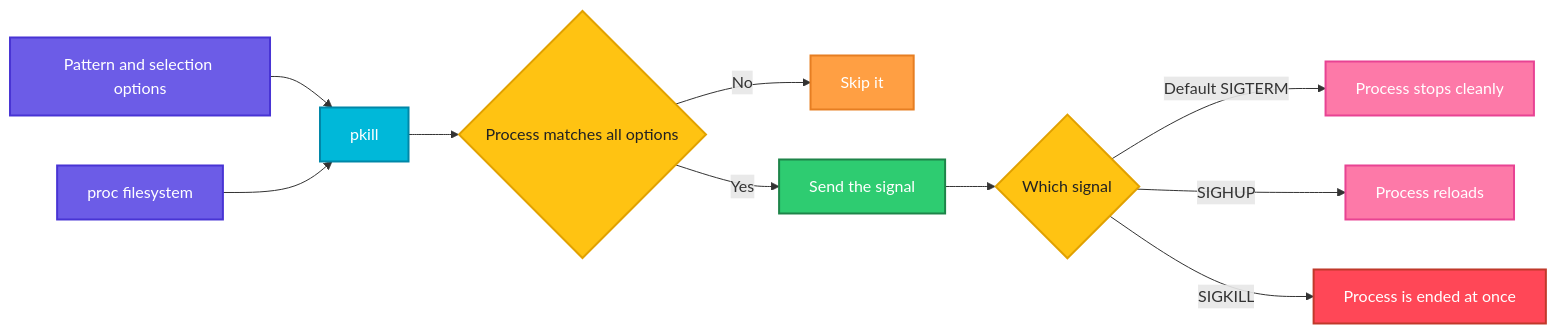
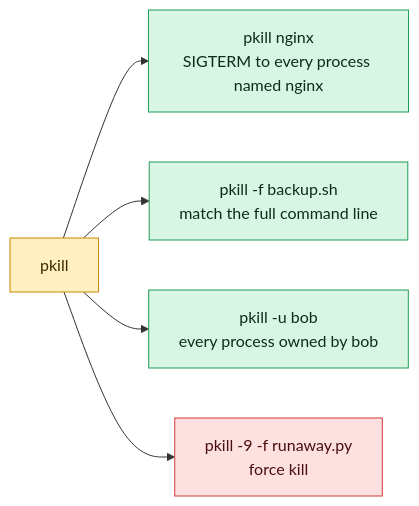
One commit to codeKerdosTech/DevOps-Documentation changed the diagram in linux/process-management/pkill.md. Above: the diagram before and after it, drawn with Mermaid. The commit also changed other lines of this file and 165 other files, not shown here.

Commit message:
updated diagrams in linux

````diff
--- a/linux/process-management/pkill.md
+++ b/linux/process-management/pkill.md
@@ -24,26 +24,15 @@
 ```mermaid
 flowchart LR
-    A[Pattern and selection options] --> B[pkill]
-    C[proc filesystem] --> B
-    B --> D{Process matches all options}
-    D -->|No| E[Skip it]
-    D -->|Yes| F[Send the signal]
-    F --> G{Which signal}
-    G -->|Default SIGTERM| H[Process stops cleanly]
-    G -->|SIGHUP| I[Process reloads]
-    G -->|SIGKILL| J[Process is ended at once]
-    classDef start fill:#6C5CE7,stroke:#4834D4,stroke-width:2px,color:#fff
-    classDef proc fill:#00B8D9,stroke:#0087A8,stroke-width:2px,color:#fff
-    classDef dec fill:#FFC312,stroke:#E1A100,stroke-width:2px,color:#222
-    classDef ok fill:#2ECC71,stroke:#1E8449,stroke-width:2px,color:#fff
-    classDef err fill:#FF4757,stroke:#C0392B,stroke-width:2px,color:#fff
-    classDef out fill:#FD79A8,stroke:#E84393,stroke-width:2px,color:#fff
-    classDef alt fill:#FF9F43,stroke:#E67E22,stroke-width:2px,color:#fff
-    class A,C start
-    class B proc
-    class D,G dec
-    class E alt
-    class F ok
-    class H,I out
-    class J err
+    c1[pkill] --> o1[pkill nginx<br/>SIGTERM to every process named nginx]
+    c1 --> o2[pkill -f backup.sh<br/>match the full command line]
+    c1 --> o3[pkill -u bob<br/>every process owned by bob]
+    c1 --> x1[pkill -9 -f runaway.py<br/>force kill]
+    classDef inp fill:#DCEBFF,stroke:#2F6FDE,color:#10213F
+    classDef cmd fill:#FFF0C2,stroke:#C98A00,color:#3A2A00
+    classDef out fill:#D9F5E3,stroke:#1F9D55,color:#0B2E1A
+    classDef bad fill:#FDE0E0,stroke:#D13B3B,color:#4A0F0F
+    classDef note fill:#ECEFF3,stroke:#7B8794,color:#1F2933
+    class c1 cmd
+    class o1,o2,o3 out
+    class x1 bad
 ```
````
